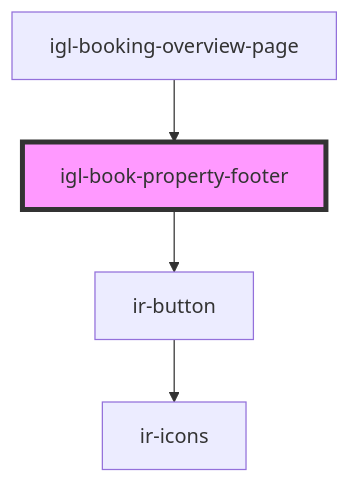
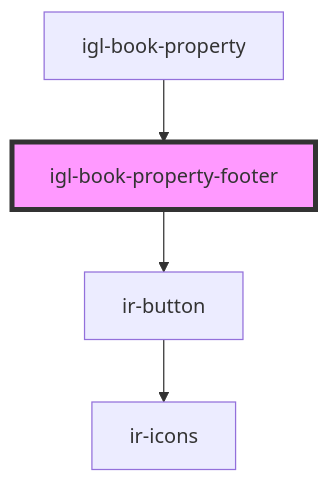
The diagram in src/components/igloo-calendar/igl-book-property/igl-book-property-footer/readme.md (David1Chowaifaty/modified-ir-webcmp), drawn with Mermaid before and after one commit. The commit also changed other lines of this file and 17 other files, not shown here.

````diff
--- a/src/components/igloo-calendar/igl-book-property/igl-book-property-footer/readme.md
+++ b/src/components/igloo-calendar/igl-book-property/igl-book-property-footer/readme.md
@@ -34,7 +38,7 @@
 ```mermaid
 graph TD;
   igl-book-property-footer --> ir-button
   ir-button --> ir-icons
-  igl-booking-overview-page --> igl-book-property-footer
+  igl-book-property --> igl-book-property-footer
   style igl-book-property-footer fill:#f9f,stroke:#333,stroke-width:4px
 ```
````
